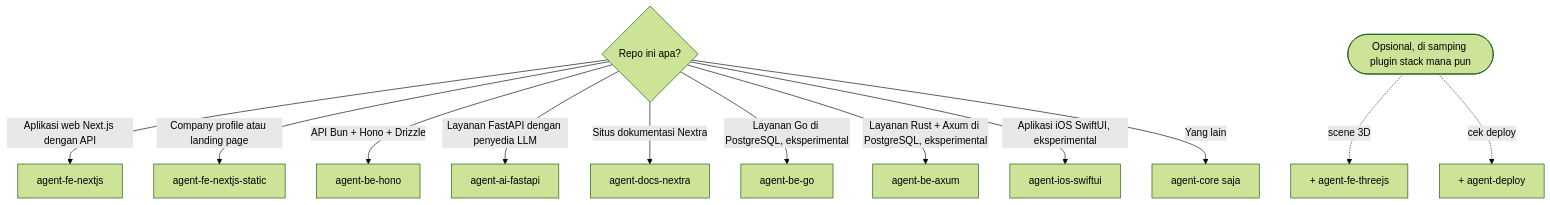
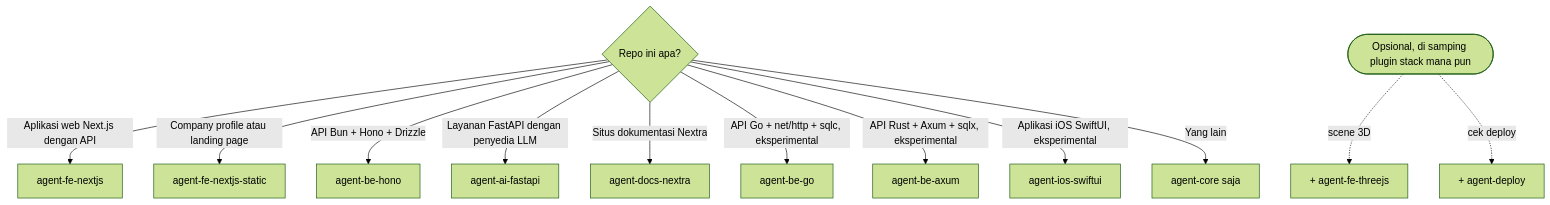
Before and after one commit to adhibuchori/agent-config-kit: the second of 5 diagrams in README.id.md, drawn with Mermaid (forest theme). The commit also changed other lines of this file and 1 other file, not shown here.

First line of the commit message:
docs: name the Go and Rust stacks by their parts, as be-hono is

````diff
--- a/README.id.md
+++ b/README.id.md
@@ -227,17 +227,17 @@
 ```mermaid
 flowchart TD
     accTitle: Plugin mana yang dipasang
-    accDescr: Mulai dari jenis repo Anda. Aplikasi web Next.js dengan API memakai agent-fe-nextjs. Situs company profile atau landing page memakai agent-fe-nextjs-static. API Bun dan Hono memakai agent-be-hono. Layanan FastAPI dengan penyedia LLM memakai agent-ai-fastapi. Situs dokumentasi Nextra memakai agent-docs-nextra. Eksperimental: layanan Go di PostgreSQL memakai agent-be-go, layanan Rust dan Axum di PostgreSQL memakai agent-be-axum, dan aplikasi iOS SwiftUI memakai agent-ios-swiftui. Selain itu cukup agent-core. Tambahkan agent-fe-threejs untuk scene 3D dan agent-deploy untuk pemeriksaan deploy.
+    accDescr: Mulai dari jenis repo Anda. Aplikasi web Next.js dengan API memakai agent-fe-nextjs. Situs company profile atau landing page memakai agent-fe-nextjs-static. API Bun, Hono, dan Drizzle memakai agent-be-hono. Layanan FastAPI dengan penyedia LLM memakai agent-ai-fastapi. Situs dokumentasi Nextra memakai agent-docs-nextra. Eksperimental: API Go dengan net/http dan sqlc memakai agent-be-go, API Rust dengan Axum dan sqlx memakai agent-be-axum, dan aplikasi iOS SwiftUI memakai agent-ios-swiftui. Selain itu cukup agent-core. Tambahkan agent-fe-threejs untuk scene 3D dan agent-deploy untuk pemeriksaan deploy.
     Q{Repo ini apa?}
     Q -->|Aplikasi web Next.js dengan API| FE[agent-fe-nextjs]
     Q -->|Company profile atau landing page| ST[agent-fe-nextjs-static]
     Q -->|API Bun + Hono + Drizzle| BE[agent-be-hono]
     Q -->|Layanan FastAPI dengan penyedia LLM| AI[agent-ai-fastapi]
     Q -->|Situs dokumentasi Nextra| DOCS[agent-docs-nextra]
-    Q -->|Layanan Go di PostgreSQL, eksperimental| GO[agent-be-go]
-    Q -->|Layanan Rust + Axum di PostgreSQL, eksperimental| RS[agent-be-axum]
+    Q -->|API Go + net/http + sqlc, eksperimental| GO[agent-be-go]
+    Q -->|API Rust + Axum + sqlx, eksperimental| RS[agent-be-axum]
     Q -->|Aplikasi iOS SwiftUI, eksperimental| IOS[agent-ios-swiftui]
     Q -->|Yang lain| CORE[agent-core saja]
     X([Opsional, di samping plugin stack mana pun]) -.->|scene 3D| TJ[+ agent-fe-threejs]
     X -.->|cek deploy| DEP[+ agent-deploy]
 ```
````
